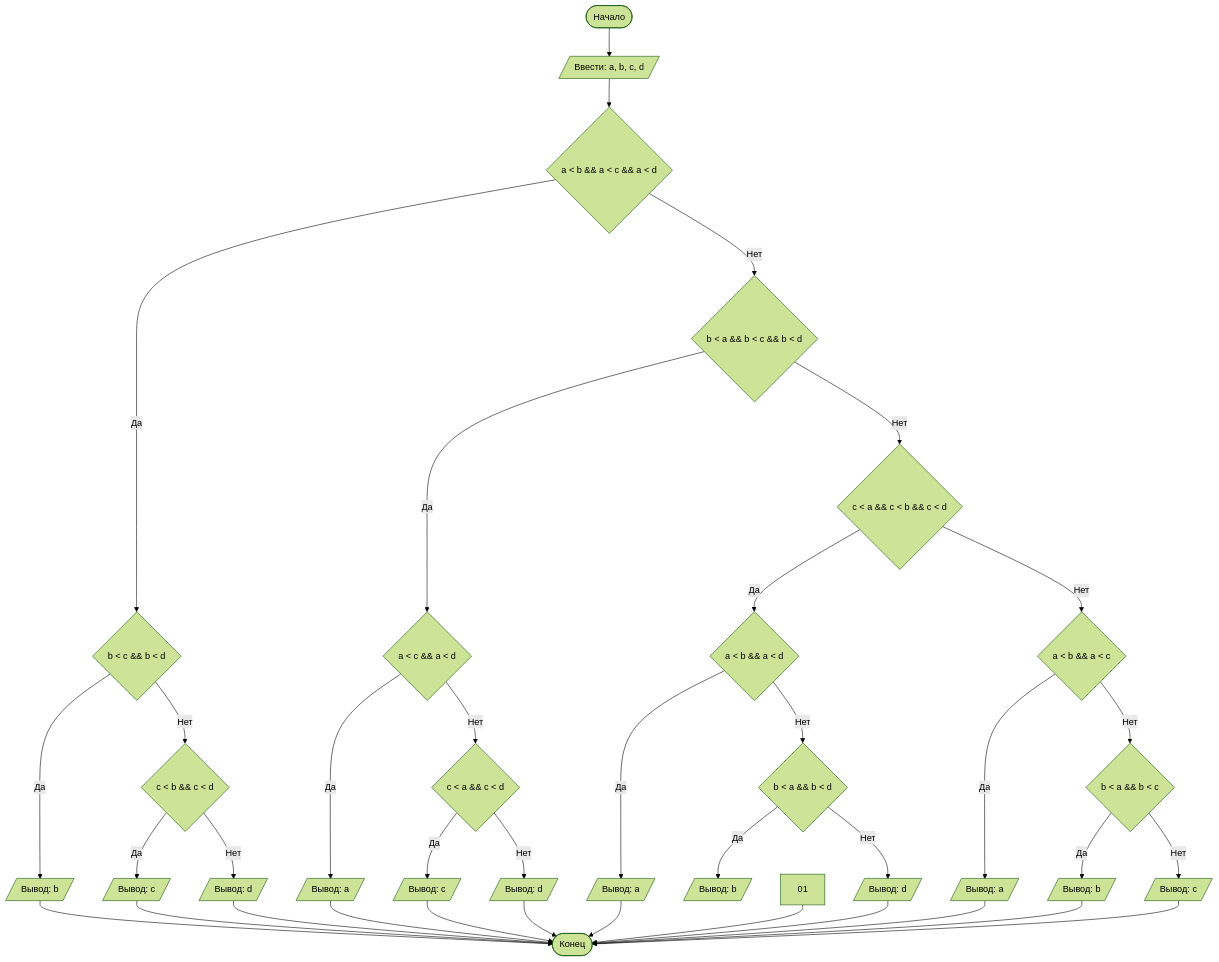
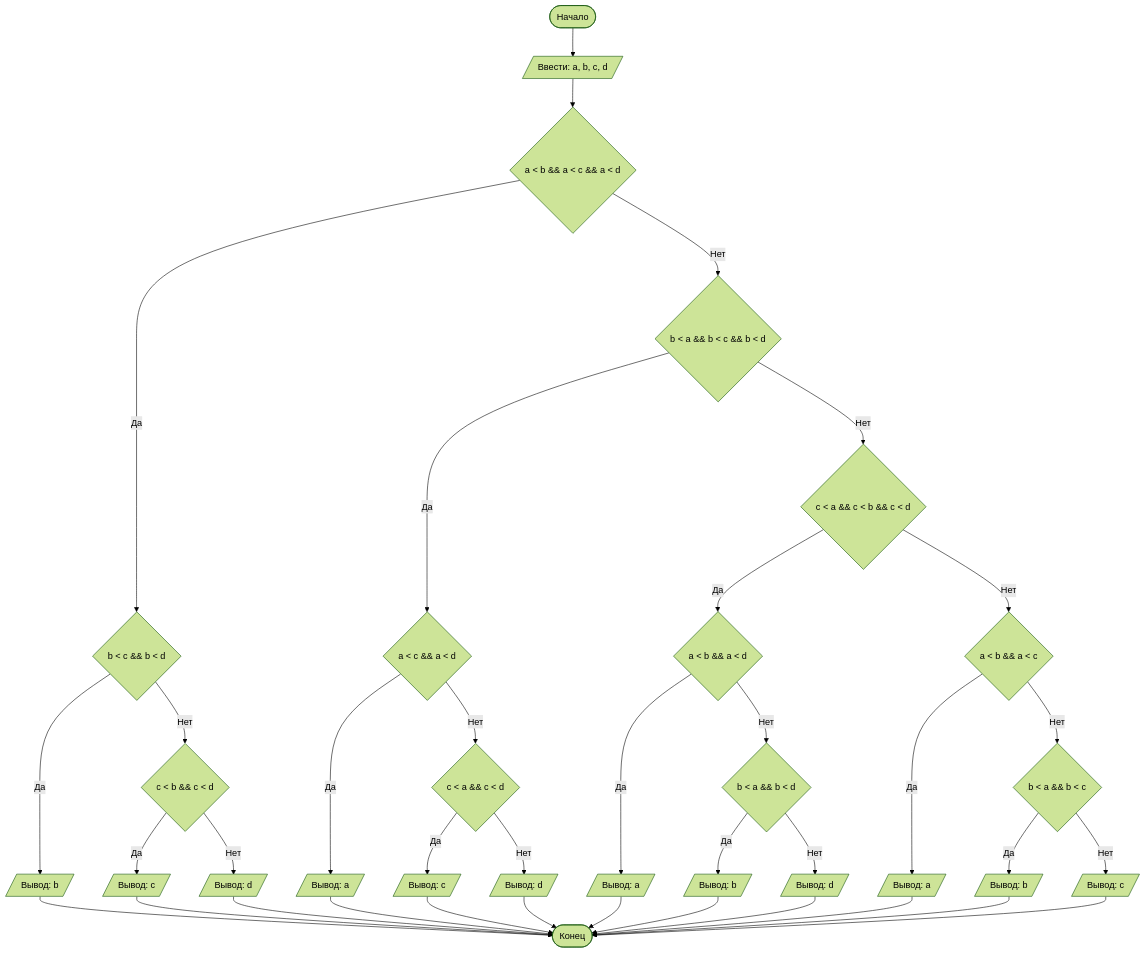
Before and after one commit to 3214Hoh/LabExample: the diagram in README.md, drawn with Mermaid (forest theme).

````diff
--- a/README.md
+++ b/README.md
@@ -71,39 +71,39 @@
 ```mermaid
 graph TD
   A([Начало]) --> B[/Ввести: a, b, c, d/]
   B --> C{a < b && a < c && a < d}
   C -- Да --> D{b < c && b < d}
   D --  Да --> D1[/Вывод: b/]
   D -- Нет --> E{c < b && c < d}
   E --  Да --> E1[/Вывод: c/]
   E --  Нет --> E2[/Вывод: d/]
   C -- Нет --> R{b < a && b < c && b < d}
   R -- Да --> T{a < c && a < d}
   T --  Да --> T1[/Вывод: a/]
   T -- Нет --> Y{c < a && c < d}
   Y --  Да --> Y1[/Вывод: c/]
   Y --  Нет --> Y2[/Вывод: d/]
   R -- Нет --> U{c < a && c < b && c < d}
   U -- Да --> I{a < b && a < d}
   I --  Да --> I1[/Вывод: a/]
   I -- Нет --> O{b < a && b < d}
   O --  Да --> O1[/Вывод: b/]
   O --  Нет --> O2[/Вывод: d/]
   U -- Нет --> P{a < b && a < c}
   P --  Да --> P1[/Вывод: a/]
   P -- Нет --> S{b < a && b < c}
   S --  Да --> S1[/Вывод: b/]
   S --  Нет --> S2[/Вывод: c/]
   D1 --> Z([Конец])
   E1 --> Z([Конец])
   E2 --> Z([Конец])
   T1 --> Z([Конец])
   Y1 --> Z([Конец])
   Y2 --> Z([Конец])
   I1 --> Z([Конец])
-  01 --> Z([Конец])
+  O1 --> Z([Конец])
   O2 --> Z([Конец])
   P1 --> Z([Конец])
   S1 --> Z([Конец])
   S2 --> Z([Конец])
 ```
````
